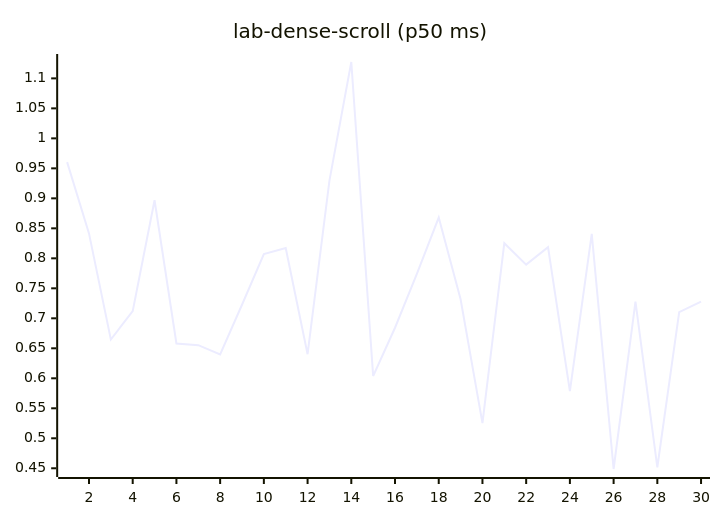
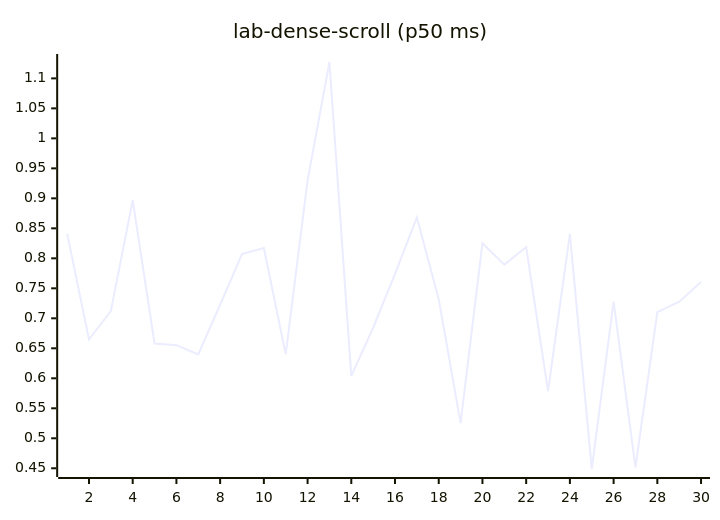
Diagram 12 of 27 in README.md (josha/Facet), drawn with Mermaid before and after one commit. The commit also changed other lines of this file and 2 other files, not shown here.

````diff
--- a/README.md
+++ b/README.md
@@ -140,6 +140,6 @@
 ```mermaid
 xychart-beta
     title "lab-dense-scroll (p50 ms)"
     x-axis 1 --> 30
-    line [0.9604, 0.8416, 0.6647, 0.7120, 0.8968, 0.6580, 0.6552, 0.6397, 0.7226, 0.8071, 0.8171, 0.6401, 0.9297, 1.1273, 0.6038, 0.6843, 0.7739, 0.8680, 0.7317, 0.5254, 0.8252, 0.7895, 0.8186, 0.5785, 0.8409, 0.4488, 0.7278, 0.4517, 0.7102, 0.7278]
+    line [0.8416, 0.6647, 0.7120, 0.8968, 0.6580, 0.6552, 0.6397, 0.7226, 0.8071, 0.8171, 0.6401, 0.9297, 1.1273, 0.6038, 0.6843, 0.7739, 0.8680, 0.7317, 0.5254, 0.8252, 0.7895, 0.8186, 0.5785, 0.8409, 0.4488, 0.7278, 0.4517, 0.7102, 0.7278, 0.7607]
 ```
````
